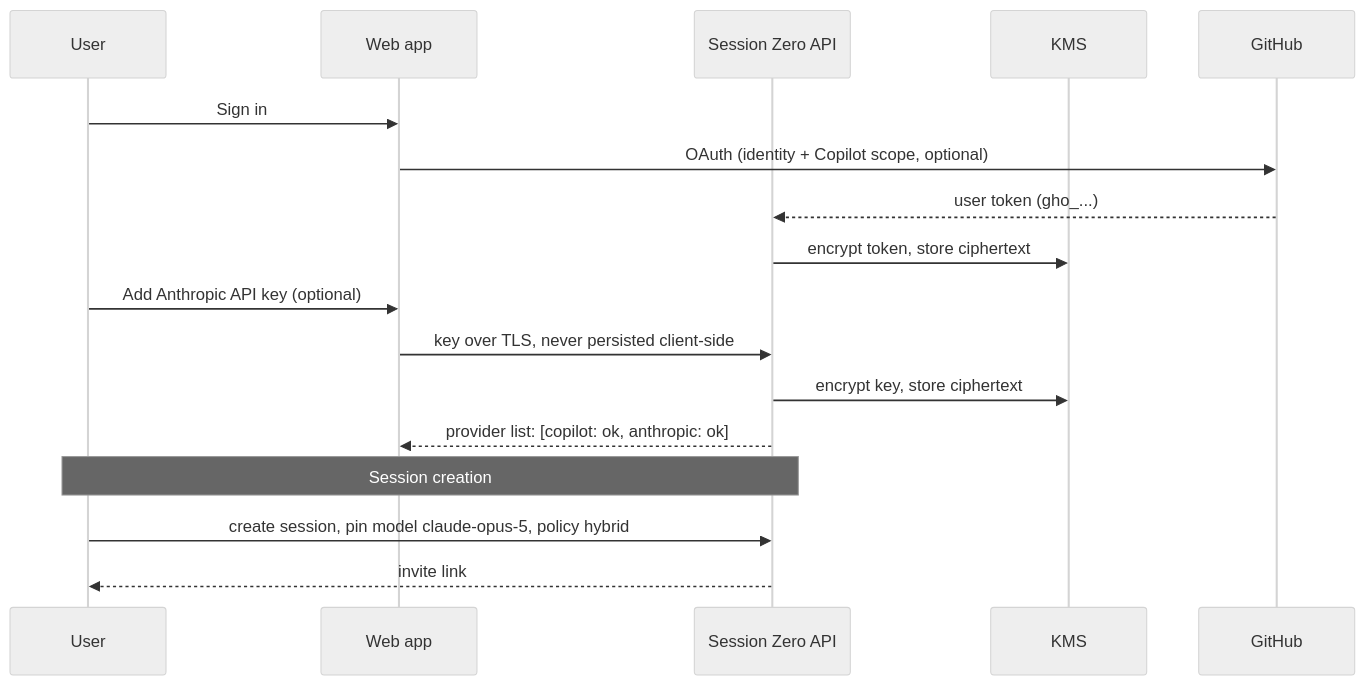
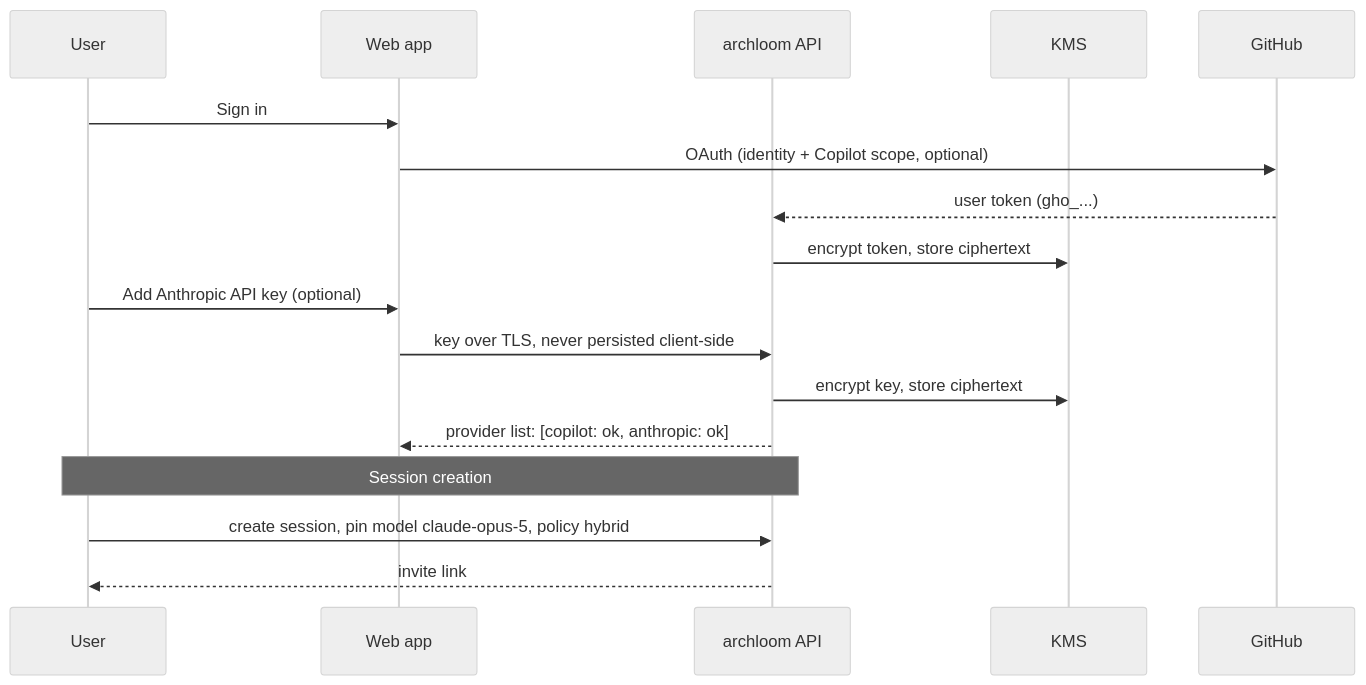
The third of 9 diagrams in docs/02-architecture.md (EpoCo742/tandem), drawn with Mermaid (neutral theme) before and after one commit. The commit also changed other lines of this file and 53 other files, not shown here.

````diff
--- a/docs/02-architecture.md
+++ b/docs/02-architecture.md
@@ -124,19 +124,19 @@
 ```mermaid
 sequenceDiagram
     participant U as User
     participant W as Web app
-    participant API as Session Zero API
+    participant API as archloom API
     participant KMS
     participant GH as GitHub
     U->>W: Sign in
     W->>GH: OAuth (identity + Copilot scope, optional)
     GH-->>API: user token (gho_...)
     API->>KMS: encrypt token, store ciphertext
     U->>W: Add Anthropic API key (optional)
     W->>API: key over TLS, never persisted client-side
     API->>KMS: encrypt key, store ciphertext
     API-->>W: provider list: [copilot: ok, anthropic: ok]
     Note over U,API: Session creation
     U->>API: create session, pin model claude-opus-5, policy hybrid
     API-->>U: invite link
 ```
````
